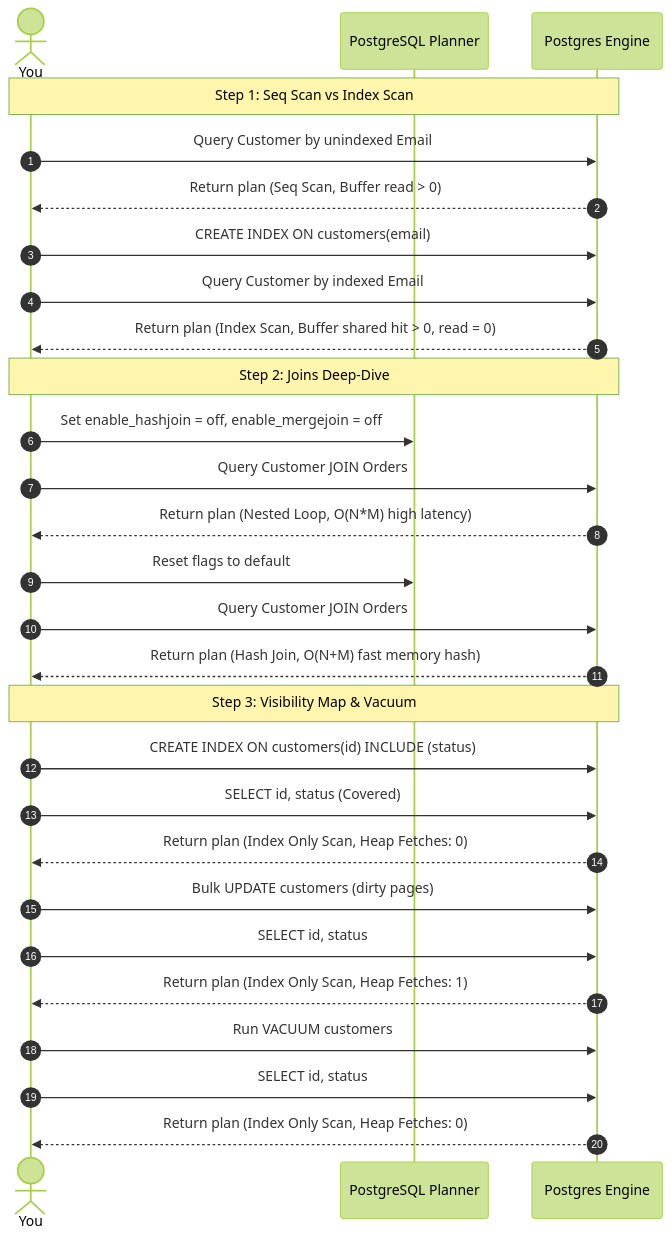
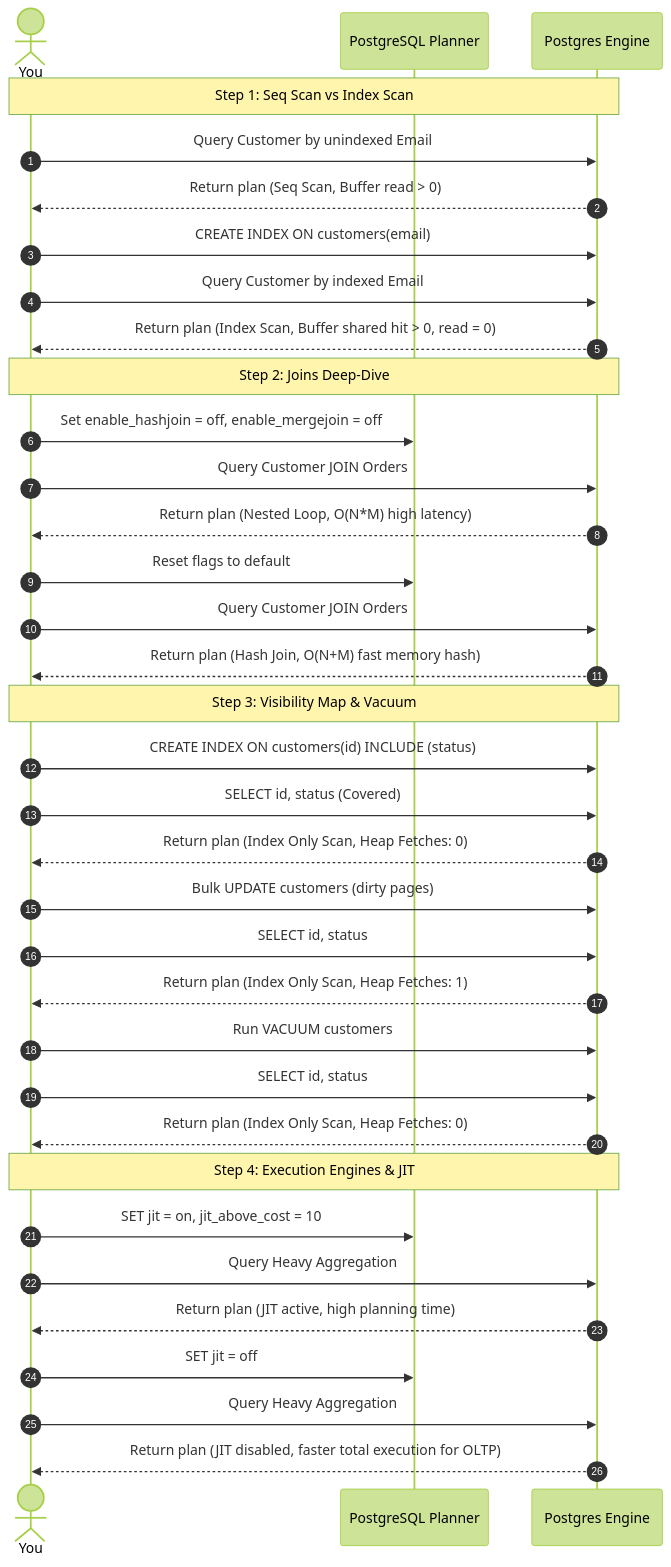
The diagram in labs/008-explain-analyze-buffers/README.md (valeriu-pirtac/relational-database-skills-lab), drawn with Mermaid (forest theme) before and after one commit. The commit also changed other lines of this file and 1 other file, not shown here.

Commit message:
Enhance LAB 008 to include JIT Compilation

````diff
--- a/labs/008-explain-analyze-buffers/README.md
+++ b/labs/008-explain-analyze-buffers/README.md
@@ -88,33 +90,41 @@
 ```mermaid
 sequenceDiagram
     autonumber
     actor Developer as You
     participant Planner as PostgreSQL Planner
     participant DB as Postgres Engine
     
     Note over Developer,DB: Step 1: Seq Scan vs Index Scan
     Developer->>DB: Query Customer by unindexed Email
     DB-->>Developer: Return plan (Seq Scan, Buffer read > 0)
     Developer->>DB: CREATE INDEX ON customers(email)
     Developer->>DB: Query Customer by indexed Email
     DB-->>Developer: Return plan (Index Scan, Buffer shared hit > 0, read = 0)
 
     Note over Developer,DB: Step 2: Joins Deep-Dive
     Developer->>Planner: Set enable_hashjoin = off, enable_mergejoin = off
     Developer->>DB: Query Customer JOIN Orders
     DB-->>Developer: Return plan (Nested Loop, O(N*M) high latency)
     Developer->>Planner: Reset flags to default
     Developer->>DB: Query Customer JOIN Orders
     DB-->>Developer: Return plan (Hash Join, O(N+M) fast memory hash)
 
     Note over Developer,DB: Step 3: Visibility Map & Vacuum
     Developer->>DB: CREATE INDEX ON customers(id) INCLUDE (status)
     Developer->>DB: SELECT id, status (Covered)
     DB-->>Developer: Return plan (Index Only Scan, Heap Fetches: 0)
     Developer->>DB: Bulk UPDATE customers (dirty pages)
     Developer->>DB: SELECT id, status
     DB-->>Developer: Return plan (Index Only Scan, Heap Fetches: 1)
     Developer->>DB: Run VACUUM customers
     Developer->>DB: SELECT id, status
     DB-->>Developer: Return plan (Index Only Scan, Heap Fetches: 0)
+
+    Note over Developer,DB: Step 4: Execution Engines & JIT
+    Developer->>Planner: SET jit = on, jit_above_cost = 10
+    Developer->>DB: Query Heavy Aggregation
+    DB-->>Developer: Return plan (JIT active, high planning time)
+    Developer->>Planner: SET jit = off
+    Developer->>DB: Query Heavy Aggregation
+    DB-->>Developer: Return plan (JIT disabled, faster total execution for OLTP)
 ```
````
